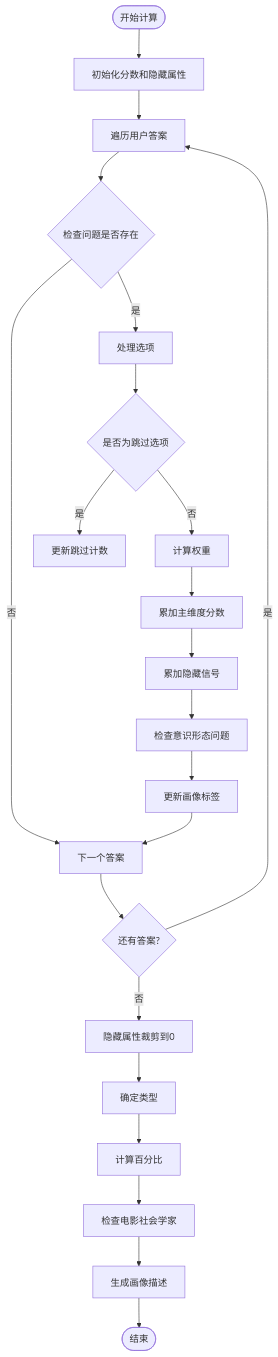
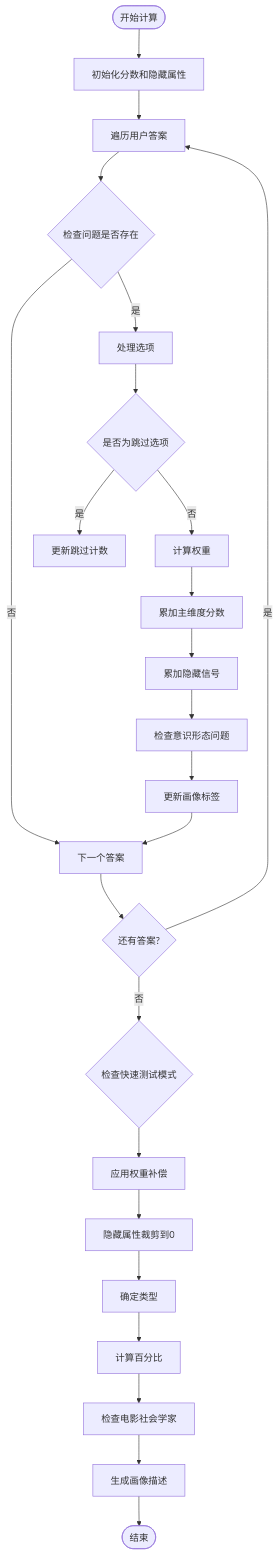
One commit to Dragon0412/fbti-app changed the fourth of 12 diagrams in .qoder/repowiki/zh/content/API参考文档/计算引擎API.md. Above: the diagram before and after it, drawn with Mermaid. The commit also changed other lines of this file and 14 other files, not shown here.

````diff
--- a/.qoder/repowiki/zh/content/API参考文档/计算引擎API.md
+++ b/.qoder/repowiki/zh/content/API参考文档/计算引擎API.md
@@ -181,25 +205,27 @@
 ```mermaid
 flowchart TD
 Start([开始计算]) --> InitScores[初始化分数和隐藏属性]
 InitScores --> IterateAnswers[遍历用户答案]
 IterateAnswers --> CheckQuestion{检查问题是否存在}
 CheckQuestion --> |否| NextAnswer[下一个答案]
 CheckQuestion --> |是| ProcessOptions[处理选项]
 ProcessOptions --> CheckSkip{是否为跳过选项}
 CheckSkip --> |是| UpdateSkip[更新跳过计数]
 CheckSkip --> |否| CalcWeight[计算权重]
 CalcWeight --> AddMainScores[累加主维度分数]
 AddMainScores --> AddHiddenSignals[累加隐藏信号]
 AddHiddenSignals --> CheckIdeology[检查意识形态问题]
 CheckIdeology --> UpdateProfileTags[更新画像标签]
 UpdateProfileTags --> NextAnswer
 NextAnswer --> MoreAnswers{还有答案?}
 MoreAnswers --> |是| IterateAnswers
-MoreAnswers --> |否| ClampHidden[隐藏属性裁剪到0]
+MoreAnswers --> |否| CheckQuickMode{检查快速测试模式}
+CheckQuickMode --> ApplyCompensation[应用权重补偿]
+ApplyCompensation --> ClampHidden[隐藏属性裁剪到0]
 ClampHidden --> DetermineType[确定类型]
 DetermineType --> CalcPercentages[计算百分比]
 CalcPercentages --> CheckFilmSociologist[检查电影社会学家]
 CheckFilmSociologist --> GenerateProfile[生成画像描述]
 GenerateProfile --> ReturnResult[返回结果]
 ReturnResult([结束])
 ```
````
